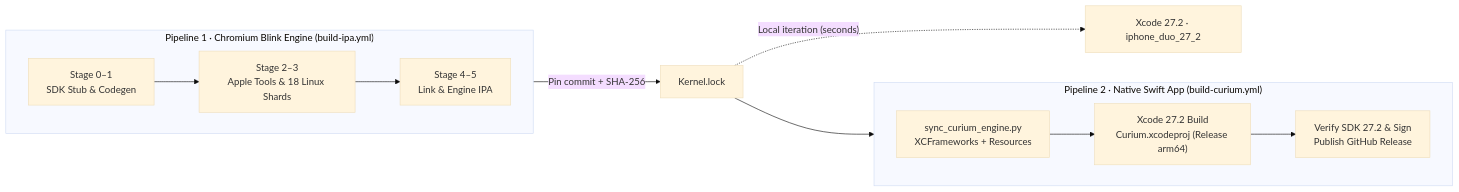
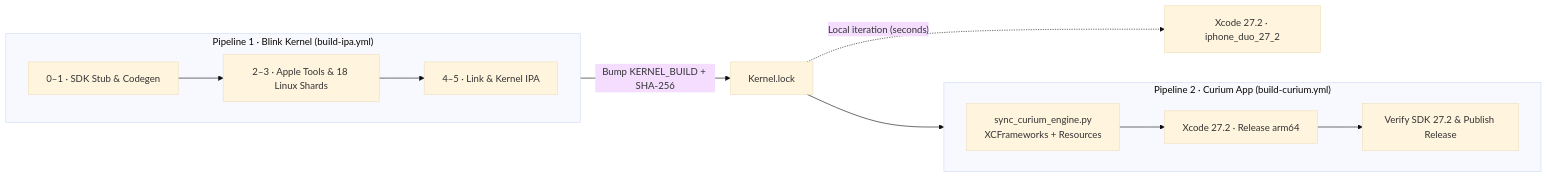
Before and after one commit to benjipeng/curium: the diagram in README.md, drawn with Mermaid (base theme). The commit also changed other lines of this file and 25 other files, not shown here.

````diff
--- a/README.md
+++ b/README.md
@@ -74,19 +59,19 @@
 ```mermaid
 flowchart LR
-    subgraph P1["Pipeline 1 · Chromium Blink Engine (build-ipa.yml)"]
+    subgraph P1["Pipeline 1 · Blink Kernel (build-ipa.yml)"]
         direction LR
-        S0["Stage 0–1<br/>SDK Stub &amp; Codegen"] --> S2["Stage 2–3<br/>Apple Tools &amp; 18 Linux Shards"]
-        S2 --> S4["Stage 4–5<br/>Link &amp; Engine IPA"]
+        S0["0–1 · SDK Stub &amp; Codegen"] --> S2["2–3 · Apple Tools &amp; 18 Linux Shards"]
+        S2 --> S4["4–5 · Link &amp; Kernel IPA"]
     end
 
-    S4 -->|"Pin commit + SHA-256"| LOCK["Kernel.lock"]
+    S4 -->|"Bump KERNEL_BUILD + SHA-256"| LOCK["Kernel.lock"]
 
-    subgraph P2["Pipeline 2 · Native Swift App (build-curium.yml)"]
+    subgraph P2["Pipeline 2 · Curium App (build-curium.yml)"]
         direction LR
-        SYNC["sync_curium_engine.py<br/>XCFrameworks + Resources"] --> XC["Xcode 27.2 Build<br/>Curium.xcodeproj (Release arm64)"]
-        XC --> REL["Verify SDK 27.2 &amp; Sign<br/>Publish GitHub Release"]
+        SYNC["sync_curium_engine.py<br/>XCFrameworks + Resources"] --> XC["Xcode 27.2 · Release arm64"]
+        XC --> REL["Verify SDK 27.2 &amp; Publish Release"]
     end
 
     LOCK --> SYNC
     LOCK -.->|"Local iteration (seconds)"| LOCAL["Xcode 27.2 · iphone_duo_27_2"]
 ```
````
